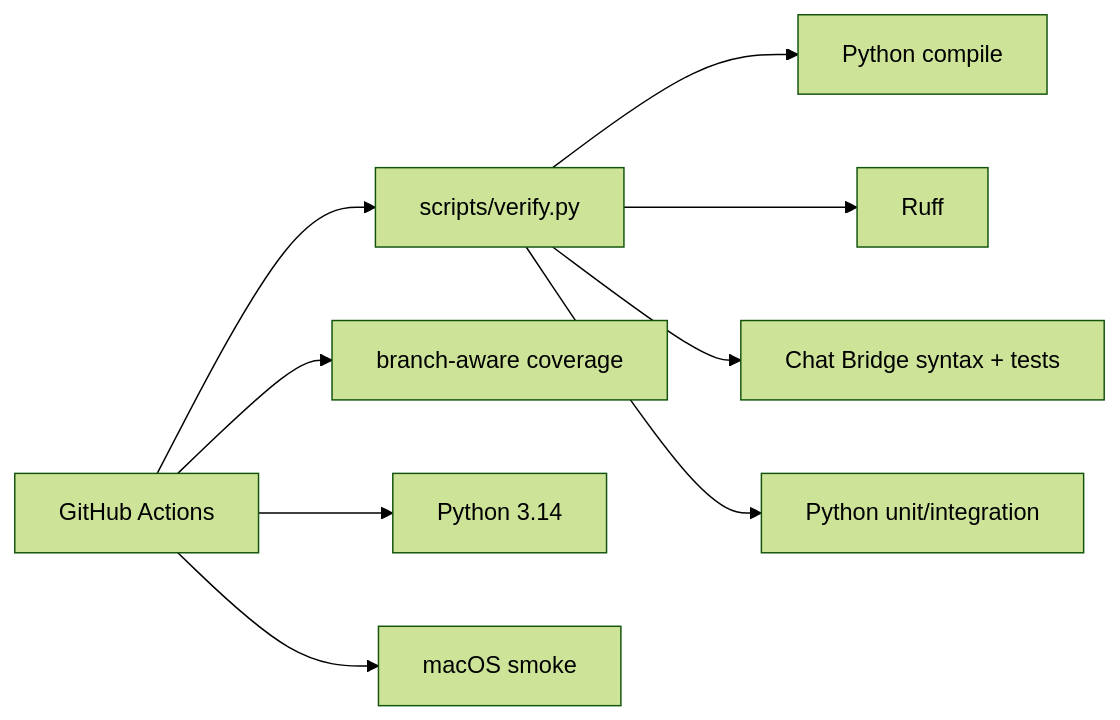
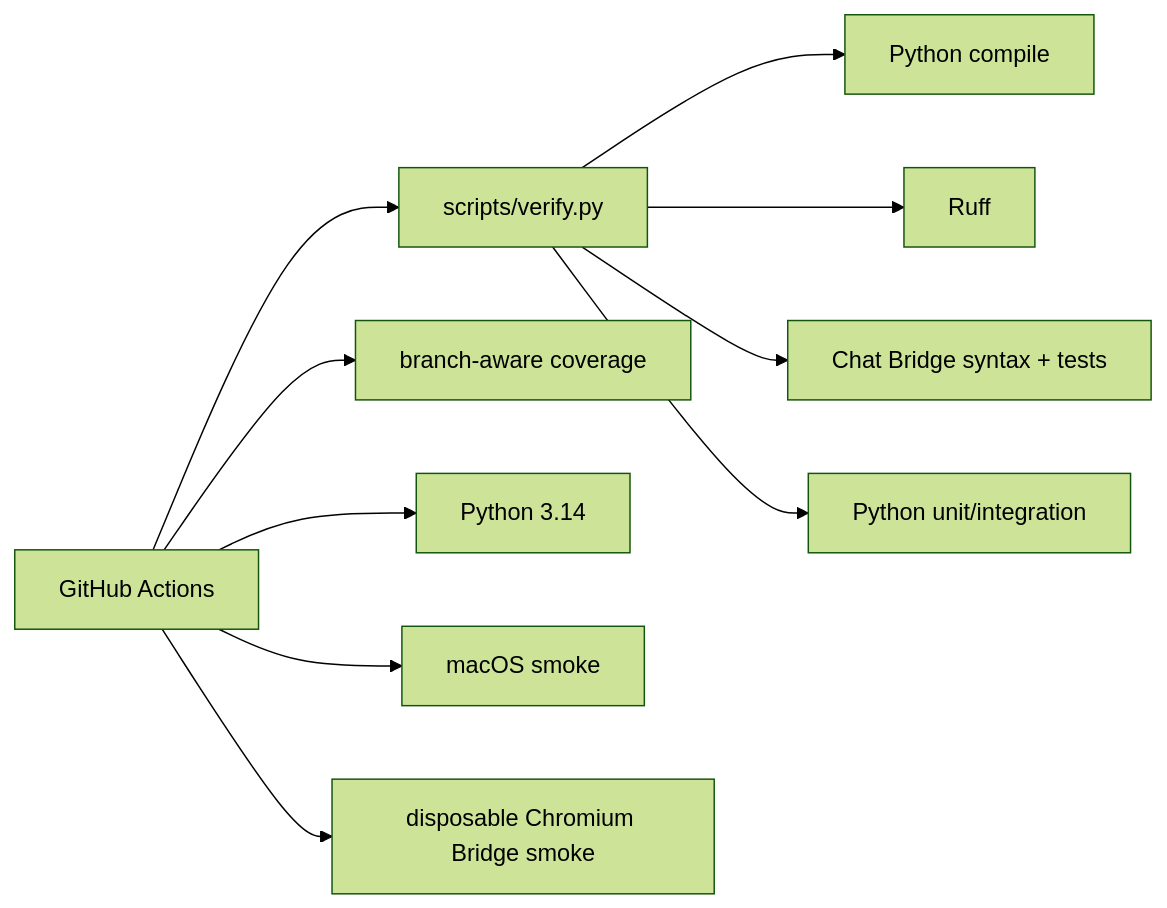
One commit to MichalMatu/local-agent changed the third of 3 diagrams in docs/ARCHITECTURE.md. Above: the diagram before and after it, drawn with Mermaid (forest theme). The commit also changed other lines of this file, not shown here.

Commit message:
Document event-wake architecture ownership

````diff
--- a/docs/ARCHITECTURE.md
+++ b/docs/ARCHITECTURE.md
@@ -196,11 +212,12 @@
 ```mermaid
 flowchart LR
     Verify["scripts/verify.py"] --> Compile["Python compile"]
     Verify --> Ruff["Ruff"]
     Verify --> Bridge["Chat Bridge syntax + tests"]
     Verify --> Python["Python unit/integration"]
     CI["GitHub Actions"] --> Verify
     CI --> Coverage["branch-aware coverage"]
     CI --> Py314["Python 3.14"]
     CI --> Mac["macOS smoke"]
+    CI --> Browser["disposable Chromium Bridge smoke"]
 ```
````
